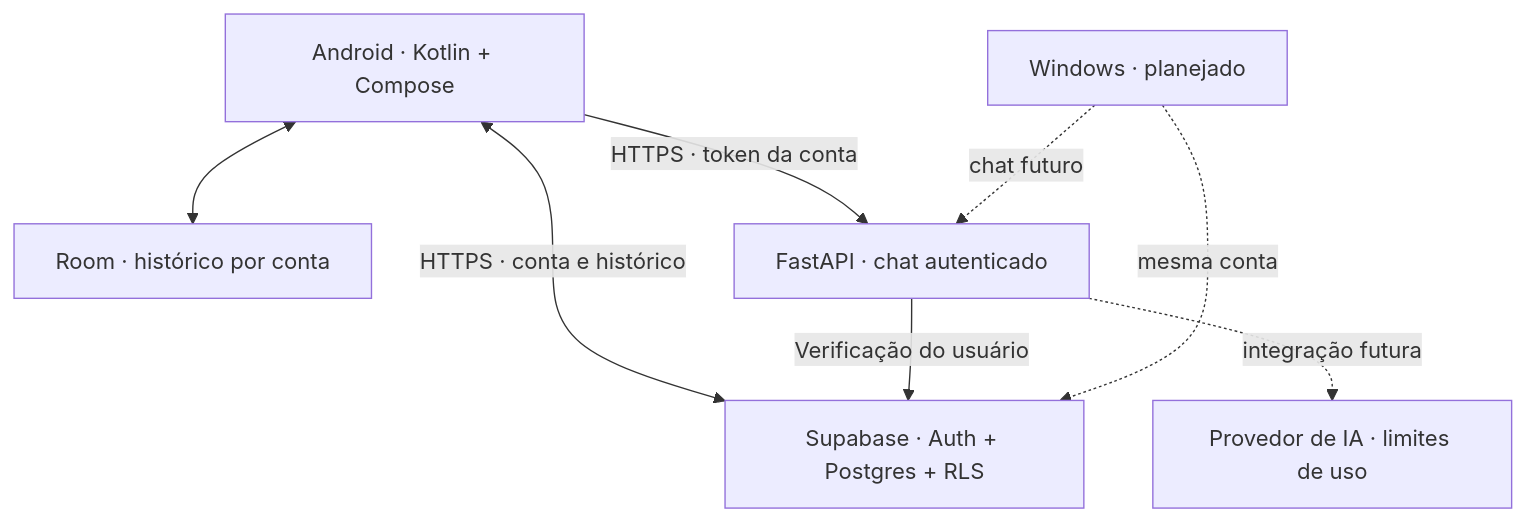
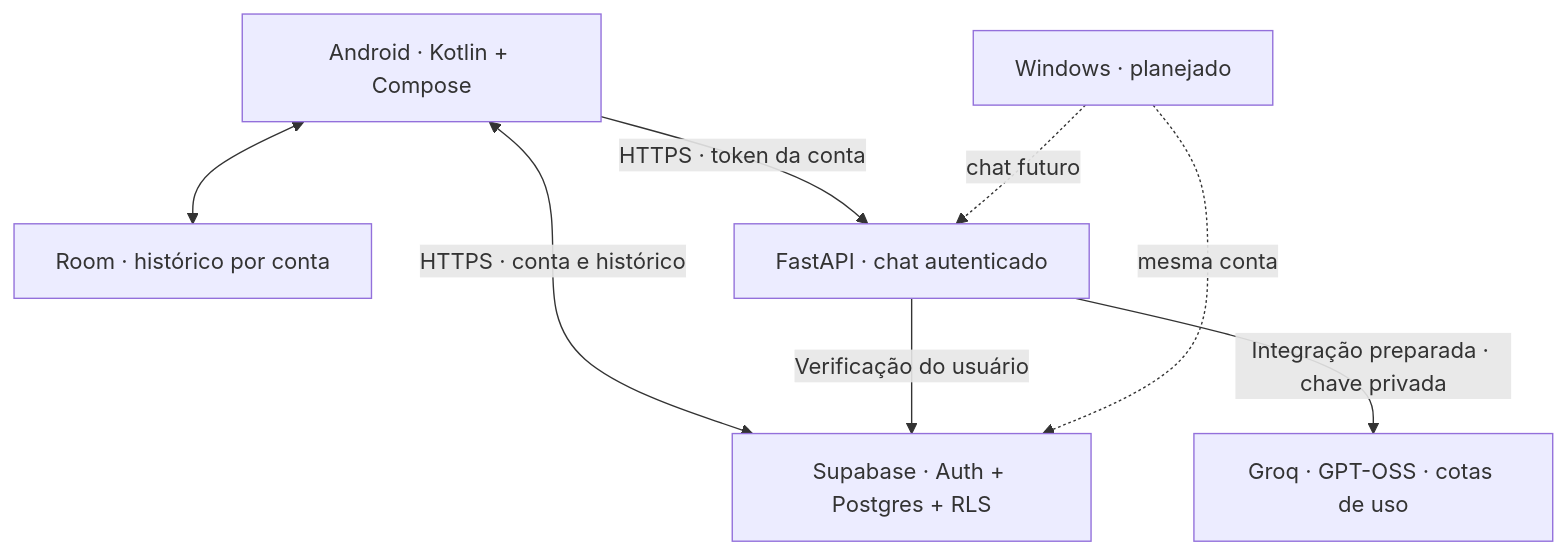
The second of 2 diagrams in README.md (Thiagofefe54/assistente-pessoal), drawn with Mermaid before and after one commit. The commit also changed other lines of this file and 20 other files, not shown here.

````diff
--- a/README.md
+++ b/README.md
@@ -118,10 +118,10 @@
 ```mermaid
 flowchart TD
     A[Android · Kotlin + Compose] <--> R[Room · histórico por conta]
     A <-->|HTTPS · conta e histórico| S[Supabase · Auth + Postgres + RLS]
     A -->|HTTPS · token da conta| B[FastAPI · chat autenticado]
     B -->|Verificação do usuário| S
-    B -. integração futura .-> I[Provedor de IA · limites de uso]
+    B -->|Integração preparada · chave privada| I[Groq · GPT-OSS · cotas de uso]
     W[Windows · planejado] -. mesma conta .-> S
     W -. chat futuro .-> B
 ```
````
